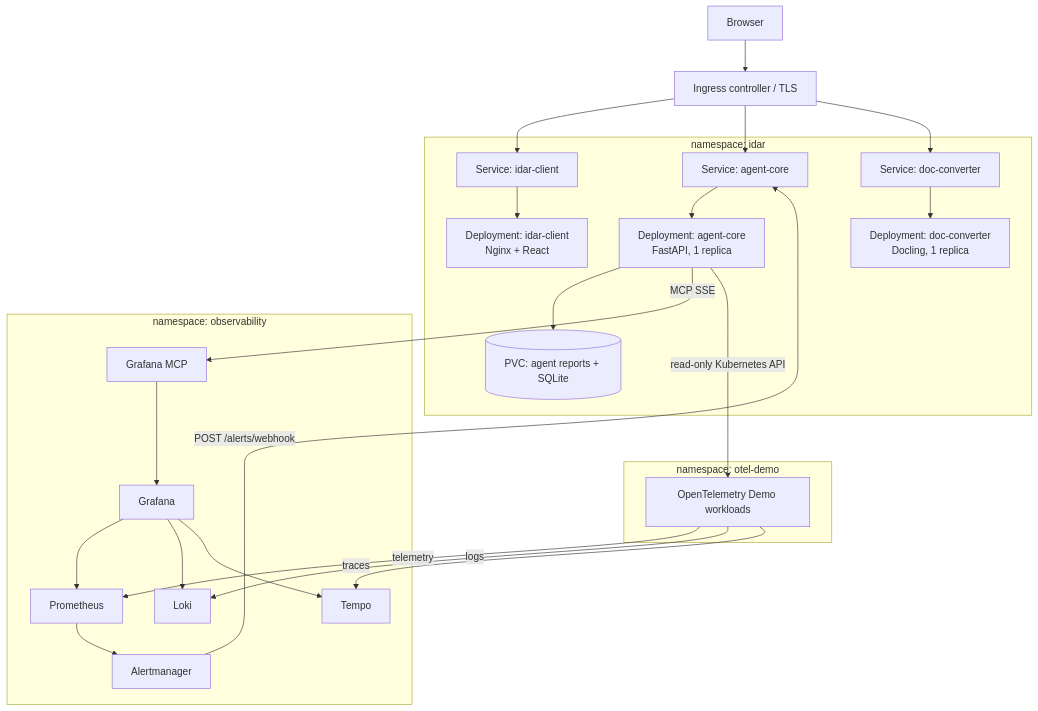
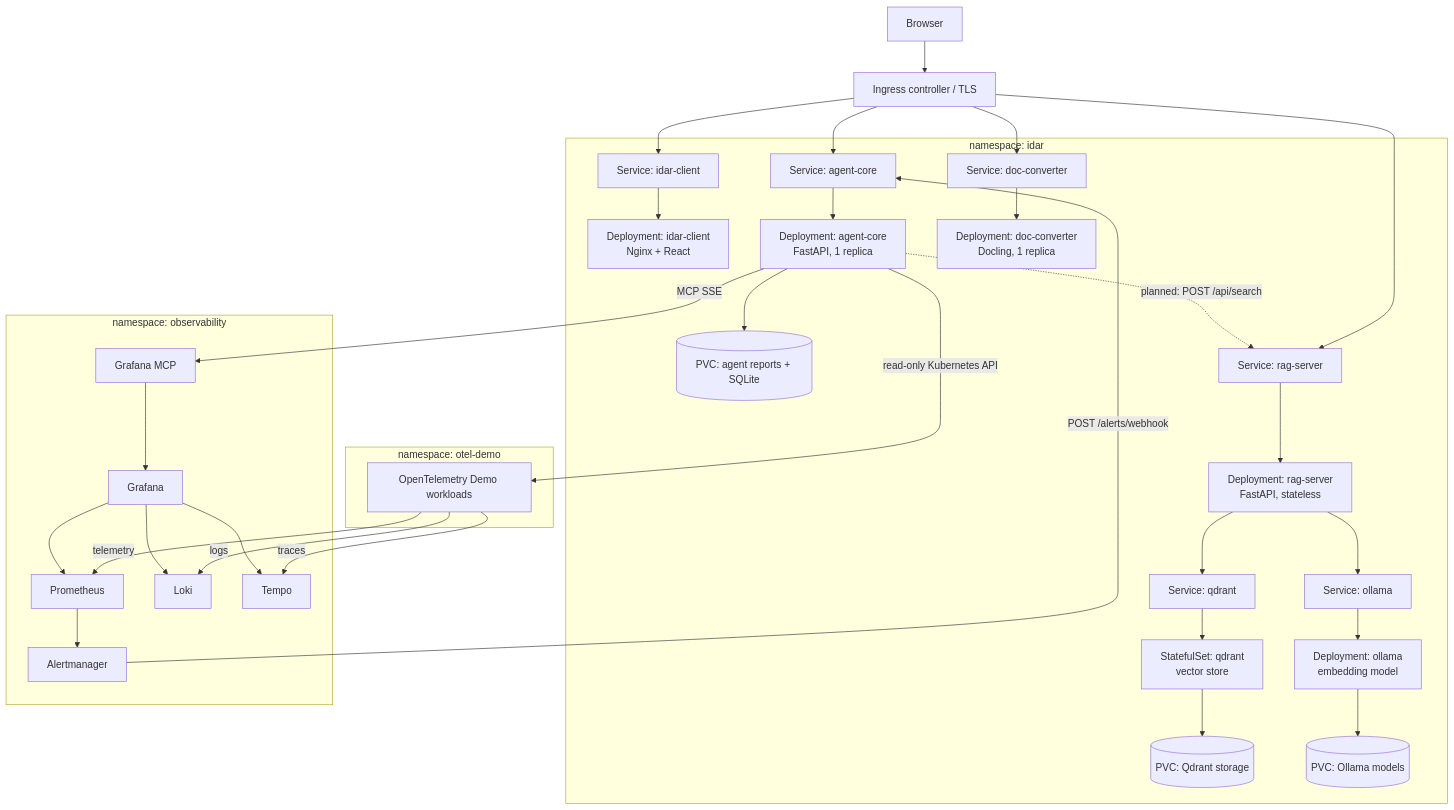
One commit to SzymonTyburczy/Agent-Based-System-for-Supporting-Incident-Diagnosis-in-Cloud-Native-Infrastructures changed the diagram in docs/CLUSTER.md. Above: the diagram before and after it, drawn with Mermaid. The commit also changed other lines of this file and 5 other files, not shown here.

````diff
--- a/docs/CLUSTER.md
+++ b/docs/CLUSTER.md
@@ -10,49 +10,66 @@
 ```mermaid
 flowchart TB
     User[Browser]
     Ingress[Ingress controller / TLS]
 
     subgraph Idar[namespace: idar]
         Client[Deployment: idar-client<br/>Nginx + React]
         Agent[Deployment: agent-core<br/>FastAPI, 1 replica]
         Converter[Deployment: doc-converter<br/>Docling, 1 replica]
         ClientSvc[Service: idar-client]
         AgentSvc[Service: agent-core]
         ConverterSvc[Service: doc-converter]
         Reports[(PVC: agent reports + SQLite)]
+        RAG[Deployment: rag-server<br/>FastAPI, stateless]
+        Qdrant[StatefulSet: qdrant<br/>vector store]
+        Ollama[Deployment: ollama<br/>embedding model]
+        RAGSvc[Service: rag-server]
+        QdrantSvc[Service: qdrant]
+        OllamaSvc[Service: ollama]
+        Vectors[(PVC: Qdrant storage)]
+        Models[(PVC: Ollama models)]
 
         ClientSvc --> Client
         AgentSvc --> Agent
         ConverterSvc --> Converter
         Agent --> Reports
+        RAGSvc --> RAG
+        QdrantSvc --> Qdrant
+        OllamaSvc --> Ollama
+        RAG --> QdrantSvc
+        RAG --> OllamaSvc
+        Qdrant --> Vectors
+        Ollama --> Models
+        Agent -.->|planned: POST /api/search| RAGSvc
     end
 
     subgraph Observability[namespace: observability]
         MCP[Grafana MCP]
         Grafana[Grafana]
         Prometheus[Prometheus]
         Alertmanager[Alertmanager]
         Loki[Loki]
         Tempo[Tempo]
         MCP --> Grafana
         Grafana --> Prometheus
         Grafana --> Loki
         Grafana --> Tempo
         Prometheus --> Alertmanager
     end
 
     subgraph Demo[namespace: otel-demo]
         Workloads[OpenTelemetry Demo workloads]
     end
 
     User --> Ingress
     Ingress --> ClientSvc
     Ingress --> AgentSvc
     Ingress --> ConverterSvc
+    Ingress --> RAGSvc
     Alertmanager -->|POST /alerts/webhook| AgentSvc
     Agent -->|MCP SSE| MCP
     Agent -->|read-only Kubernetes API| Workloads
     Workloads -->|telemetry| Prometheus
     Workloads -->|logs| Loki
     Workloads -->|traces| Tempo
 ```
````
